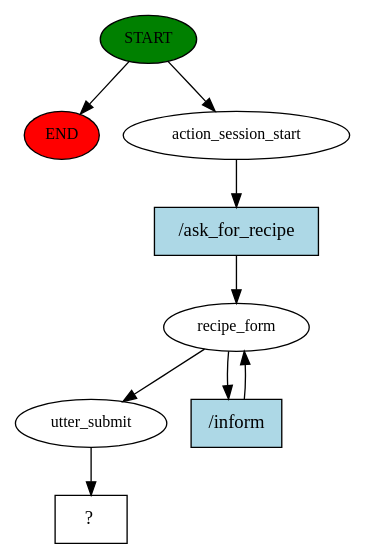
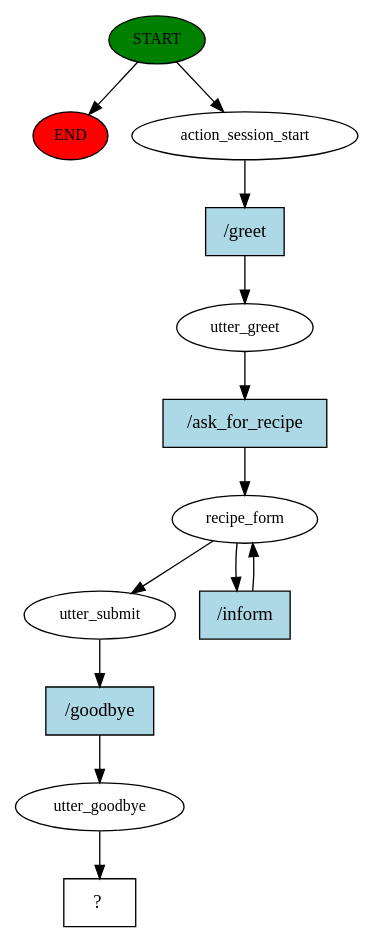
Before and after one commit to StrangerTNY/ASAI_recipebot: the diagram in story_graph.dot, drawn with Graphviz. The commit also changed 66 other files, not shown here.

```diff
--- a/story_graph.dot
+++ b/story_graph.dot
@@ -1,18 +1,26 @@
 digraph  {
 0 [class="start active", fillcolor=green, fontsize=12, label=START, style=filled];
 "-1" [class=end, fillcolor=red, fontsize=12, label=END, style=filled];
 1 [class=active, fontsize=12, label=action_session_start];
-2 [class=active, fontsize=12, label=recipe_form];
+2 [class=active, fontsize=12, label=utter_greet];
+3 [class=active, fontsize=12, label=recipe_form];
 6 [class=active, fontsize=12, label=utter_submit];
-7 [class="intent dashed active", label="  ?  ", shape=rect];
-8 [class="intent active", fillcolor=lightblue, label="/ask_for_recipe", shape=rect, style=filled];
-9 [class="intent active", fillcolor=lightblue, label="/inform", shape=rect, style=filled];
+7 [class=active, fontsize=12, label=utter_goodbye];
+8 [class="intent dashed active", label="  ?  ", shape=rect];
+9 [class="intent active", fillcolor=lightblue, label="/greet", shape=rect, style=filled];
+10 [class="intent active", fillcolor=lightblue, label="/ask_for_recipe", shape=rect, style=filled];
+11 [class="intent active", fillcolor=lightblue, label="/inform", shape=rect, style=filled];
+12 [class="intent active", fillcolor=lightblue, label="/goodbye", shape=rect, style=filled];
 0 -> "-1"  [class="", key=NONE, label=""];
 0 -> 1  [class=active, key=NONE, label=""];
-1 -> 8  [class=active, key=0];
-2 -> 6  [class=active, key=NONE, label=""];
-2 -> 9  [class=active, key=0];
-6 -> 7  [class=active, key=NONE, label=""];
-8 -> 2  [class=active, key=0];
+1 -> 9  [class=active, key=0];
+2 -> 10  [class=active, key=0];
+3 -> 6  [class=active, key=NONE, label=""];
+3 -> 11  [class=active, key=0];
+6 -> 12  [class=active, key=0];
+7 -> 8  [class=active, key=NONE, label=""];
 9 -> 2  [class=active, key=0];
+10 -> 3  [class=active, key=0];
+11 -> 3  [class=active, key=0];
+12 -> 7  [class=active, key=0];
 }
```
